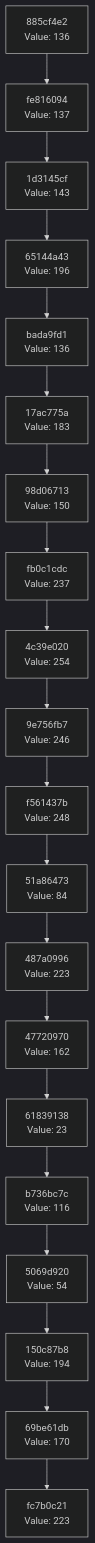
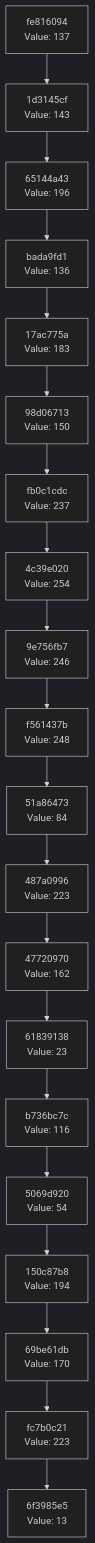
Before and after one commit to Abhisheksinha1506/hash-chain-evolver: the diagram in docs/CHAIN_VISUALIZATION.md, drawn with Mermaid (dark theme). The commit also changed 1 other file, not shown here.

Commit message:
Evolution step: hash 0x0D → action executed

````diff
--- a/docs/CHAIN_VISUALIZATION.md
+++ b/docs/CHAIN_VISUALIZATION.md
@@ -3,42 +3,42 @@
 ```mermaid
 graph TD
-    C0["fc7b0c21<br/>Value: 223"]
-    C1["69be61db<br/>Value: 170"]
+    C0["6f3985e5<br/>Value: 13"]
+    C1["fc7b0c21<br/>Value: 223"]
     C1 --> C0
-    C2["150c87b8<br/>Value: 194"]
+    C2["69be61db<br/>Value: 170"]
     C2 --> C1
-    C3["5069d920<br/>Value: 54"]
+    C3["150c87b8<br/>Value: 194"]
     C3 --> C2
-    C4["b736bc7c<br/>Value: 116"]
+    C4["5069d920<br/>Value: 54"]
     C4 --> C3
-    C5["61839138<br/>Value: 23"]
+    C5["b736bc7c<br/>Value: 116"]
     C5 --> C4
-    C6["47720970<br/>Value: 162"]
+    C6["61839138<br/>Value: 23"]
     C6 --> C5
-    C7["487a0996<br/>Value: 223"]
+    C7["47720970<br/>Value: 162"]
     C7 --> C6
-    C8["51a86473<br/>Value: 84"]
+    C8["487a0996<br/>Value: 223"]
     C8 --> C7
-    C9["f561437b<br/>Value: 248"]
+    C9["51a86473<br/>Value: 84"]
     C9 --> C8
-    C10["9e756fb7<br/>Value: 246"]
+    C10["f561437b<br/>Value: 248"]
     C10 --> C9
-    C11["4c39e020<br/>Value: 254"]
+    C11["9e756fb7<br/>Value: 246"]
     C11 --> C10
-    C12["fb0c1cdc<br/>Value: 237"]
+    C12["4c39e020<br/>Value: 254"]
     C12 --> C11
-    C13["98d06713<br/>Value: 150"]
+    C13["fb0c1cdc<br/>Value: 237"]
     C13 --> C12
-    C14["17ac775a<br/>Value: 183"]
+    C14["98d06713<br/>Value: 150"]
     C14 --> C13
-    C15["bada9fd1<br/>Value: 136"]
+    C15["17ac775a<br/>Value: 183"]
     C15 --> C14
-    C16["65144a43<br/>Value: 196"]
+    C16["bada9fd1<br/>Value: 136"]
     C16 --> C15
-    C17["1d3145cf<br/>Value: 143"]
+    C17["65144a43<br/>Value: 196"]
     C17 --> C16
-    C18["fe816094<br/>Value: 137"]
+    C18["1d3145cf<br/>Value: 143"]
     C18 --> C17
-    C19["885cf4e2<br/>Value: 136"]
+    C19["fe816094<br/>Value: 137"]
     C19 --> C18
 ```
````
